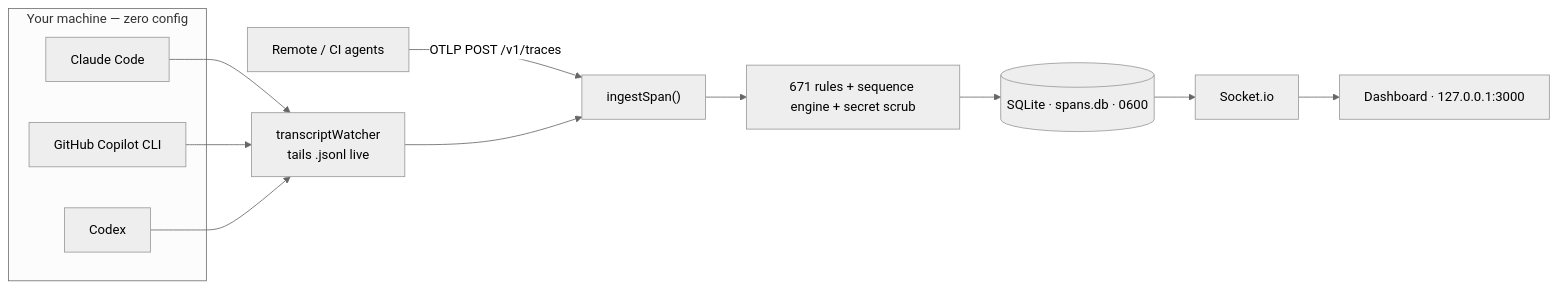
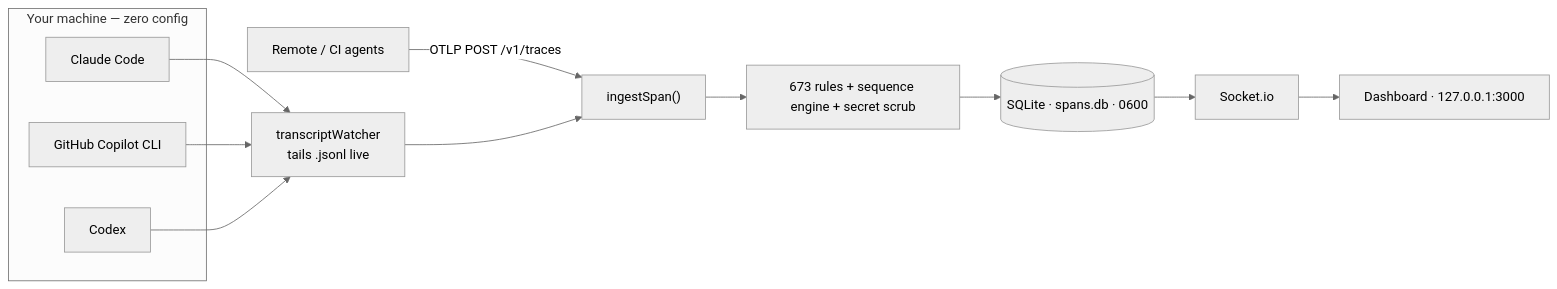
Before and after one commit to aanjaneyasinghdhoni/ClaudeSec: the diagram in docs/index.mdx, drawn with Mermaid (neutral theme). The commit also changed other lines of this file and 7 other files, not shown here.

````diff
--- a/docs/index.mdx
+++ b/docs/index.mdx
@@ -80,17 +80,17 @@
 ```mermaid
 flowchart LR
     subgraph machine["Your machine — zero config"]
         CC["Claude Code"]
         CP["GitHub Copilot CLI"]
         CX["Codex"]
     end
     CC --> W["transcriptWatcher<br/>tails .jsonl live"]
     CP --> W
     CX --> W
     REMOTE["Remote / CI agents"] -->|"OTLP POST /v1/traces"| ING
     W --> ING["ingestSpan()"]
-    ING --> RULES["671 rules + sequence engine + secret scrub"]
+    ING --> RULES["673 rules + sequence engine + secret scrub"]
     RULES --> DB[("SQLite · spans.db · 0600")]
     DB --> IO["Socket.io"]
     IO --> UI["Dashboard · 127.0.0.1:3000"]
 ```
````
